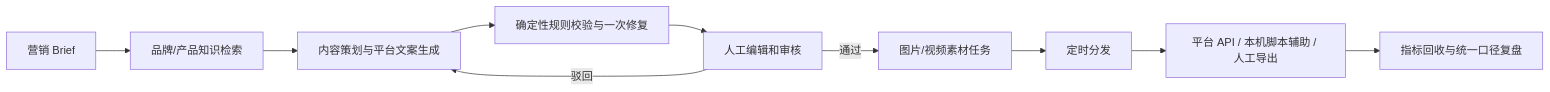
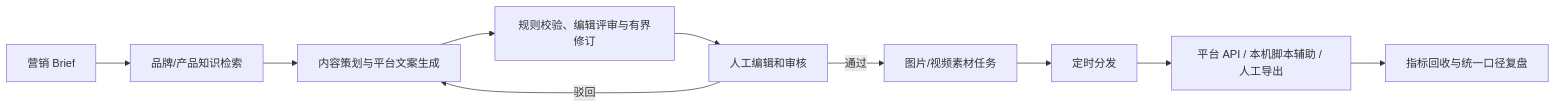
The diagram in README.md (heee000/ContentFlow), drawn with Mermaid before and after one commit. The commit also changed other lines of this file and 41 other files, not shown here.

````diff
--- a/README.md
+++ b/README.md
@@ -9,12 +9,12 @@
 ```mermaid
 flowchart LR
     A["营销 Brief"] --> B["品牌/产品知识检索"]
     B --> C["内容策划与平台文案生成"]
-    C --> D["确定性规则校验与一次修复"]
+    C --> D["规则校验、编辑评审与有界修订"]
     D --> E["人工编辑和审核"]
     E -->|通过| F["图片/视频素材任务"]
     E -->|驳回| C
     F --> G["定时分发"]
     G --> H["平台 API / 本机脚本辅助 / 人工导出"]
     H --> I["指标回收与统一口径复盘"]
 ```
````
